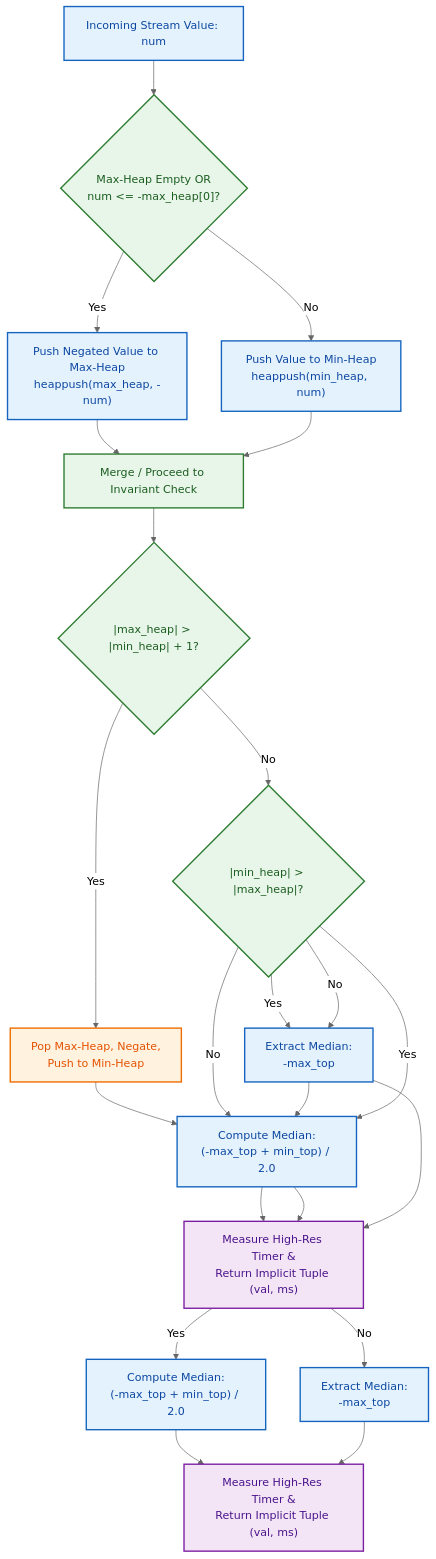
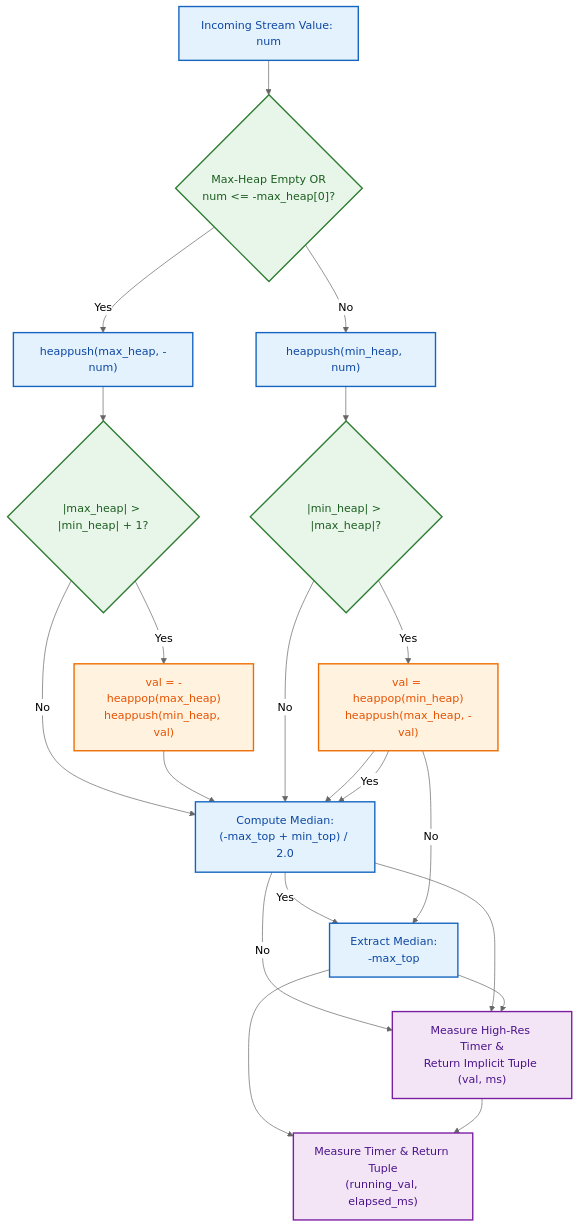
The diagram in python/README.md (nedialko1/Cplus_project), drawn with Mermaid (neutral theme) before and after one commit.

````diff
--- a/python/README.md
+++ b/python/README.md
@@ -111,38 +111,35 @@
 ```mermaid
 graph TD
     classDef container fill:#E3F2FD,stroke:#1565C0,stroke-width:2px,color:#0D47A1;
     classDef logic fill:#E8F5E9,stroke:#2E7D32,stroke-width:2px,color:#1B5E20;
     classDef rebalance fill:#FFF3E0,stroke:#EF6C00,stroke-width:2px,color:#E65100;
     classDef returnDomain fill:#F3E5F5,stroke:#7B1FA2,stroke-width:2px,color:#4A148C;
 
     A["Incoming Stream Value: num"]:::container --> B{"Max-Heap Empty OR<br/>num <= -max_heap[0]?"}:::logic
     
-    B -- "Yes" --> C["Push Negated Value to Max-Heap<br/>heappush(max_heap, -num)"]:::container
-    B -- "No" --> D["Push Value to Min-Heap<br/>heappush(min_heap, num)"]:::container
+    B -- "Yes" --> C["heappush(max_heap, -num)"]:::container
+    B -- "No" --> D["heappush(min_heap, num)"]:::container
     
-    C --> E["Merge / Proceed to Invariant Check"]:::logic
-    D --> E
+    C --> E{"|max_heap| > |min_heap| + 1?"}:::logic
+    D --> F{"|min_heap| > |max_heap|?"}:::logic
     
-    E --> F{"|max_heap| > |min_heap| + 1?"}:::logic
-    F -- "Yes" --> G["Pop Max-Heap, Negate,<br/>Push to Min-Heap"]:::rebalance
-    F -- "No" --> H{"|min_heap| > |max_heap|?"}:::logic
+    E -- "Yes" --> G["val = -heappop(max_heap)<br/>heappush(min_heap, val)"]:::rebalance
+    F -- "Yes" --> H["val = heappop(min_heap)<br/>heappush(max_heap, -val)"]:::rebalance
     
-    G --> I["Unified Size Invariant Satisfied"]:::logic
-    H -- "Yes" --> J["Pop Min-Heap, Negate,<br/>Push to Max-Heap"]:::rebalance
-    H -- "No" --> I
-    J --> I
+    E -- "No" --> I{"Sizes Equal?<br/>|max_heap| == |min_heap|"}:::logic
+    G --> I
+    F -- "No" --> I
+    H --> I
     
-    I --> K{"Sizes Equal?<br/>|max_heap| == |min_heap|"}:::logic
+    I -- "Yes" --> J["Compute Median:<br/>(-max_top + min_top) / 2.0"]:::container
+    I -- "No" --> K["Extract Median:<br/>-max_top"]:::container
     
-    K -- "Yes" --> L["Compute Median:<br/>(-max_top + min_top) / 2.0"]:::container
-    K -- "No" --> M["Extract Median:<br/>-max_top"]:::container
-    
-    L --> N["Measure High-Res Timer &<br/>Return Implicit Tuple (val, ms)"]:::returnDomain
-    M --> N
+    J --> L["Measure Timer & Return Tuple<br/>(running_val, elapsed_ms)"]:::returnDomain
+    K --> L
     
     H -- "Yes" --> I["Compute Median:<br/>(-max_top + min_top) / 2.0"]:::container
     H -- "No" --> J["Extract Median:<br/>-max_top"]:::container
     
     I --> K["Measure High-Res Timer &<br/>Return Implicit Tuple (val, ms)"]:::returnDomain
     J --> K
 ```    
````
